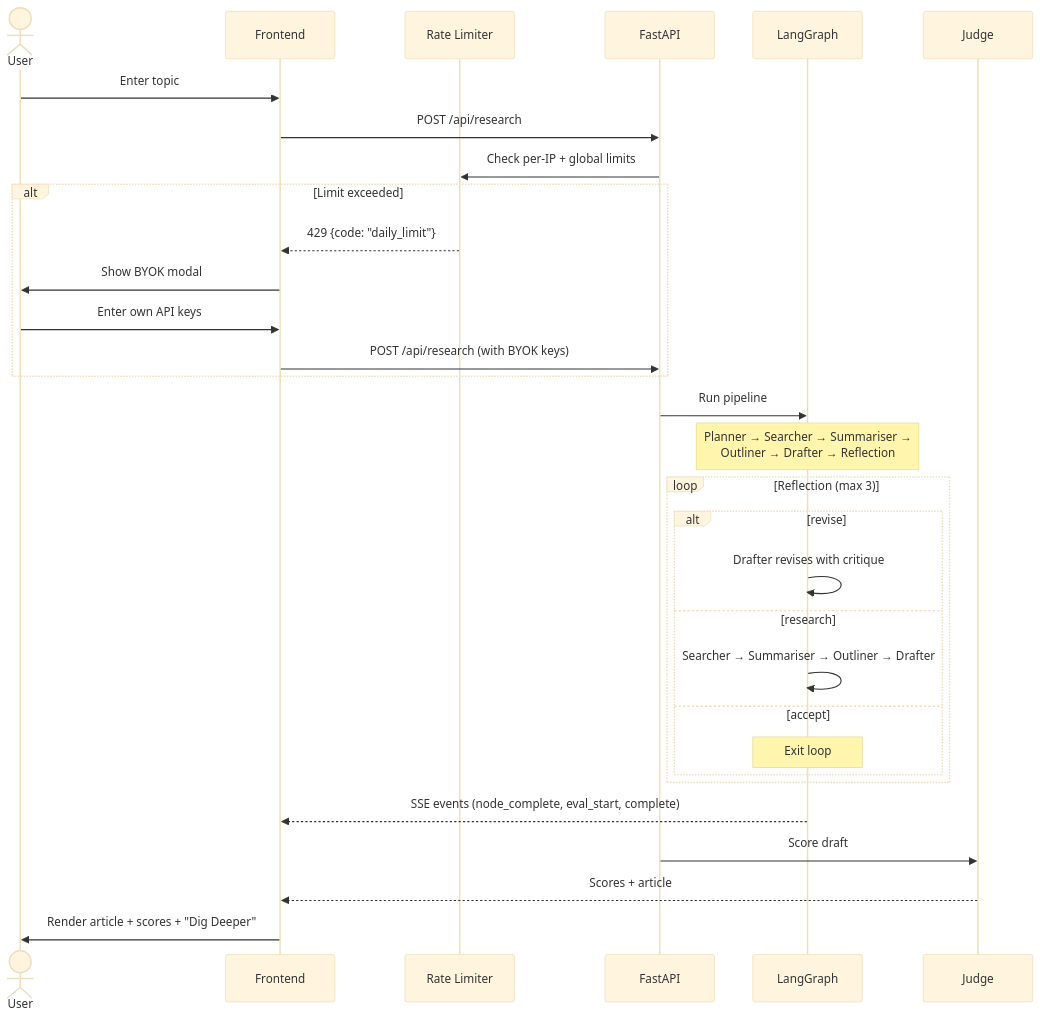
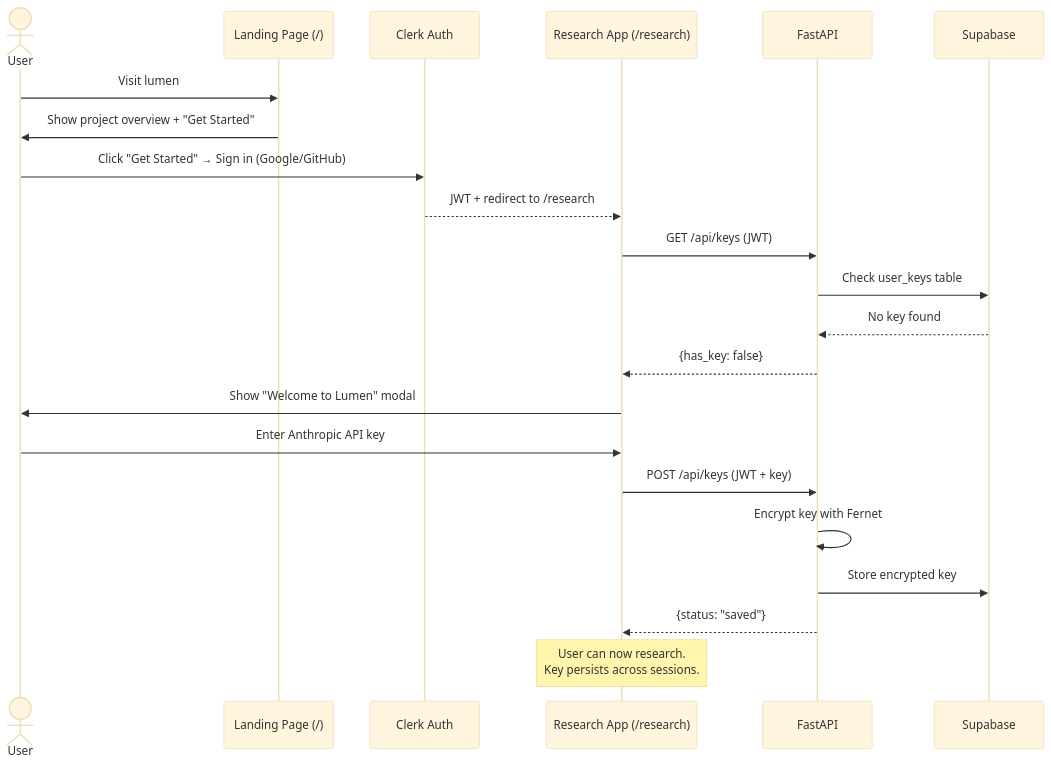
Before and after one commit to valyndsilva/lumen: the third of 8 diagrams in README.md, drawn with Mermaid (base theme). The commit also changed other lines of this file, not shown here.

First line of the commit message:
Update README for auth changes, module refactor, and env var additions

````diff
--- a/README.md
+++ b/README.md
@@ -178,37 +171,28 @@
 ```mermaid
 sequenceDiagram
     actor User
-    participant FE as Frontend
-    participant RL as Rate Limiter
+    participant Landing as Landing Page (/)
+    participant Clerk as Clerk Auth
+    participant FE as Research App (/research)
     participant API as FastAPI
-    participant Graph as LangGraph
-    participant Judge as Judge
+    participant DB as Supabase
 
-    User->>FE: Enter topic
-    FE->>API: POST /api/research
-    API->>RL: Check per-IP + global limits
-    alt Limit exceeded
-        RL-->>FE: 429 {code: "daily_limit"}
-        FE->>User: Show BYOK modal
-        User->>FE: Enter own API keys
-        FE->>API: POST /api/research (with BYOK keys)
-    end
-    API->>Graph: Run pipeline
+    User->>Landing: Visit lumen
+    Landing->>User: Show project overview + "Get Started"
+    User->>Clerk: Click "Get Started" → Sign in (Google/GitHub)
+    Clerk-->>FE: JWT + redirect to /research
 
-    Note over Graph: Planner → Searcher → Summariser →<br/>Outliner → Drafter → Reflection
+    FE->>API: GET /api/keys (JWT)
+    API->>DB: Check user_keys table
+    DB-->>API: No key found
+    API-->>FE: {has_key: false}
 
-    loop Reflection (max 3)
-        alt revise
-            Graph->>Graph: Drafter revises with critique
-        else research
-            Graph->>Graph: Searcher → Summariser → Outliner → Drafter
-        else accept
-            Note over Graph: Exit loop
-        end
-    end
+    FE->>User: Show "Welcome to Lumen" modal
+    User->>FE: Enter Anthropic API key
+    FE->>API: POST /api/keys (JWT + key)
+    API->>API: Encrypt key with Fernet
+    API->>DB: Store encrypted key
+    API-->>FE: {status: "saved"}
 
-    Graph-->>FE: SSE events (node_complete, eval_start, complete)
-    API->>Judge: Score draft
-    Judge-->>FE: Scores + article
-    FE->>User: Render article + scores + "Dig Deeper"
+    Note over FE: User can now research.<br/>Key persists across sessions.
 ```
````
